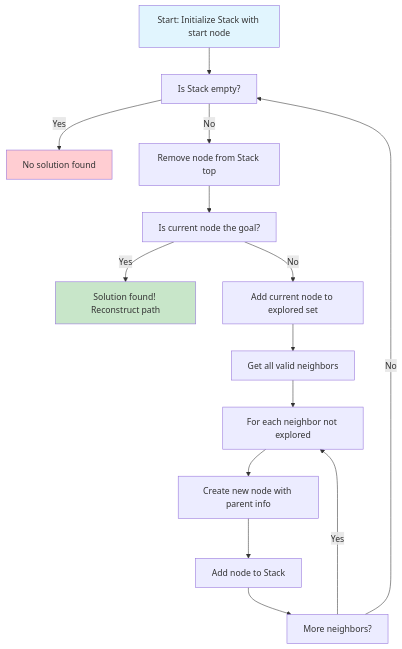
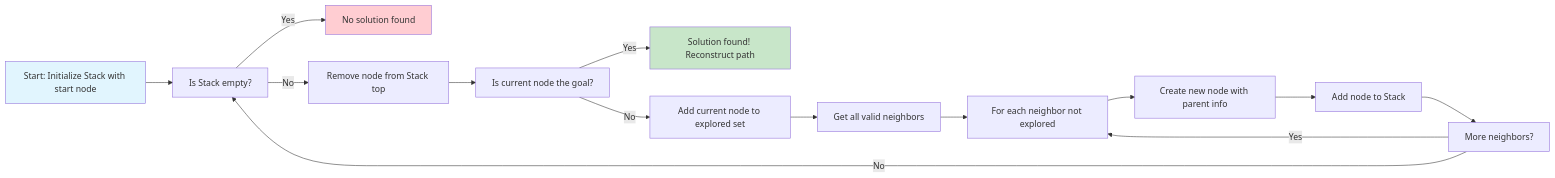
One commit to vinhnt21/AIN_NOTE changed the first of 8 diagrams in tut_1/search_algorithms_diagrams.md. Above: the diagram before and after it, drawn with Mermaid. The commit also changed other lines of this file, not shown here.

Commit message:
Update search_algorithms_diagrams.md to change flowchart direction from TD to LR for DFS, BFS, Greedy Best-First Search, and A* algorithms; adjust comparison diagram formatting for consistency.

````diff
--- a/tut_1/search_algorithms_diagrams.md
+++ b/tut_1/search_algorithms_diagrams.md
@@ -9,20 +9,20 @@
 ```mermaid
-flowchart TD
+flowchart LR
     A[Start: Initialize Stack with start node] --> B[Is Stack empty?]
     B -->|Yes| C[No solution found]
     B -->|No| D[Remove node from Stack top]
     D --> E[Is current node the goal?]
     E -->|Yes| F[Solution found! Reconstruct path]
     E -->|No| G[Add current node to explored set]
     G --> H[Get all valid neighbors]
     H --> I[For each neighbor not explored]
     I --> J[Create new node with parent info]
     J --> K[Add node to Stack]
     K --> L[More neighbors?]
     L -->|Yes| I
     L -->|No| B
     
     style A fill:#e1f5fe
     style F fill:#c8e6c9
     style C fill:#ffcdd2
 ```
````
